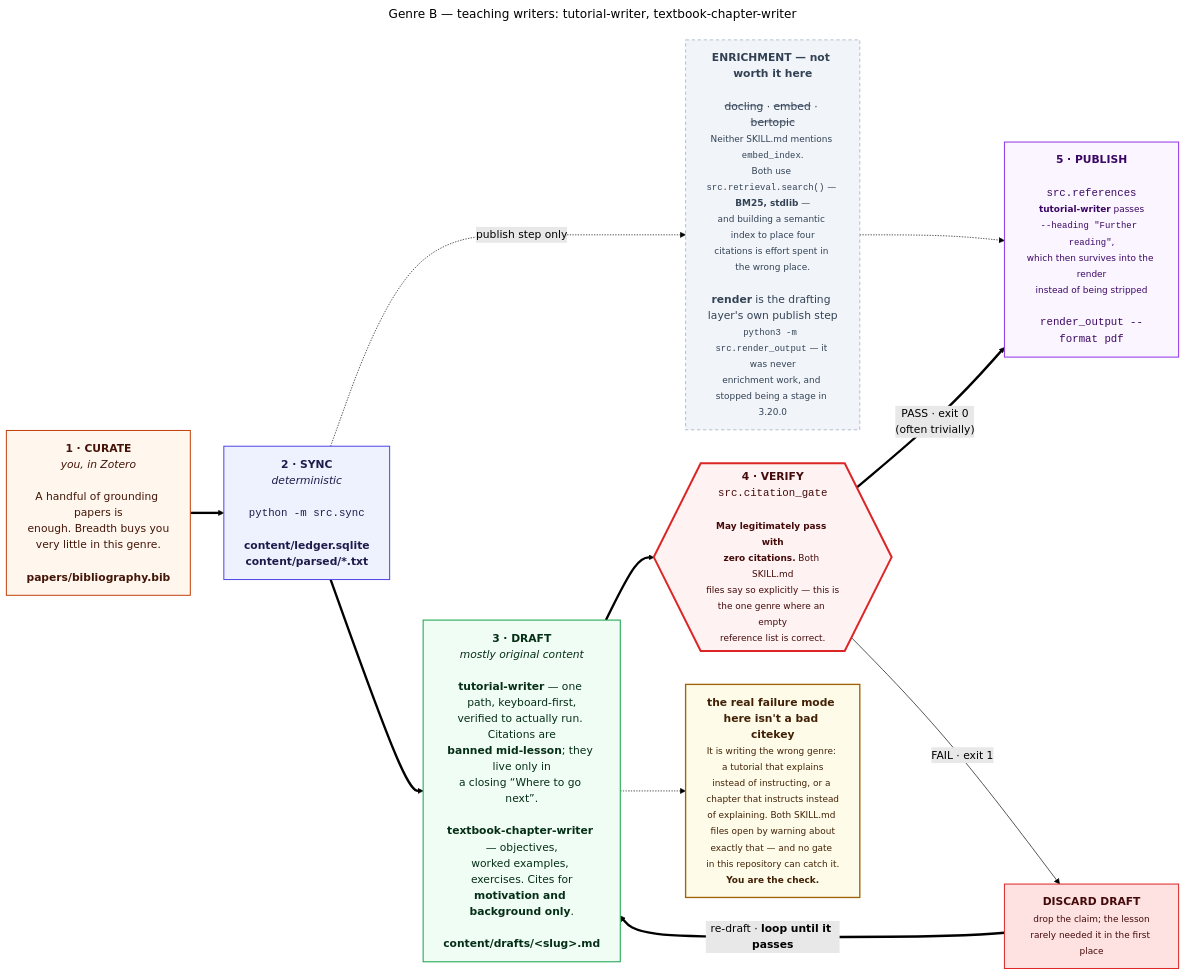
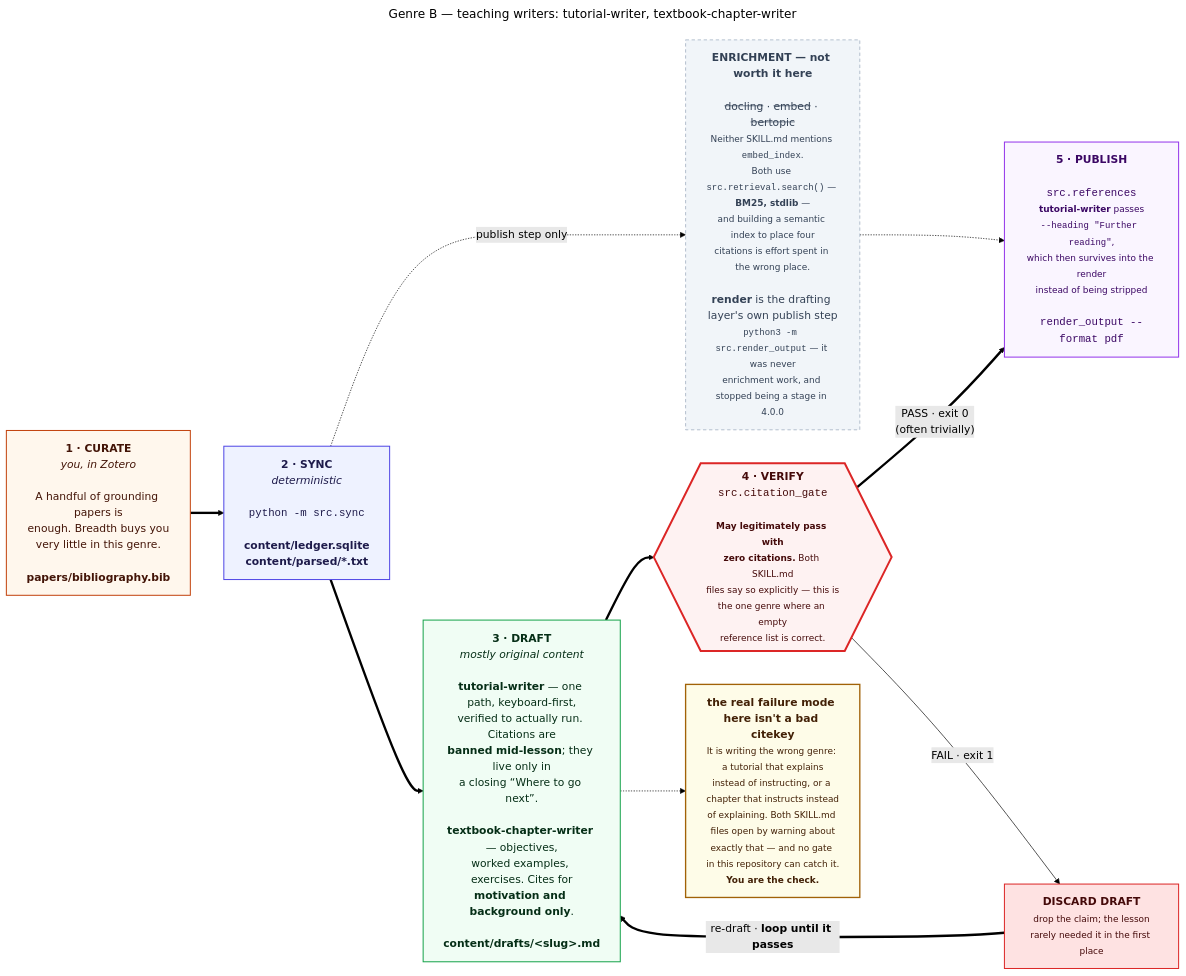
Before and after one commit to prasadtalasila/chitragupta: the diagram in docs/diagrams/g2-teaching.mmd, drawn with Mermaid (forest theme). The commit also changed 22 other files, not shown here.

```diff
--- a/docs/diagrams/g2-teaching.mmd
+++ b/docs/diagrams/g2-teaching.mmd
@@ -1,46 +1,46 @@
 ---
 title: "Genre B — teaching writers: tutorial-writer, textbook-chapter-writer"
 ---
 flowchart LR
 
   P0["<b>1 · CURATE</b><br/><i>you, in Zotero</i><br/><br/>A handful of grounding papers is<br/>enough. Breadth buys you<br/>very little in this genre.<br/><br/><b>papers/bibliography.bib</b>"]
 
   P1["<b>2 · SYNC</b><br/><i>deterministic</i><br/><br/><code>python -m src.sync</code><br/><br/><b>content/ledger.sqlite</b><br/><b>content/parsed/*.txt</b>"]
 
-  HEAVY["<b>ENRICHMENT — not worth it here</b><br/><br/><s>docling</s> · <s>embed</s> · <s>bertopic</s><br/><small>Neither SKILL.md mentions <code>embed_index</code>.<br/>Both use <code>src.retrieval.search()</code> — <b>BM25, stdlib</b> —<br/>and building a semantic index to place four<br/>citations is effort spent in the wrong place.</small><br/><br/><b>render</b> is the drafting layer's own publish step<br/><small><code>python3 -m src.render_output</code> — it was never<br/>enrichment work, and stopped being a stage in 3.20.0</small>"]
+  HEAVY["<b>ENRICHMENT — not worth it here</b><br/><br/><s>docling</s> · <s>embed</s> · <s>bertopic</s><br/><small>Neither SKILL.md mentions <code>embed_index</code>.<br/>Both use <code>src.retrieval.search()</code> — <b>BM25, stdlib</b> —<br/>and building a semantic index to place four<br/>citations is effort spent in the wrong place.</small><br/><br/><b>render</b> is the drafting layer's own publish step<br/><small><code>python3 -m src.render_output</code> — it was never<br/>enrichment work, and stopped being a stage in 4.0.0</small>"]
 
   P2["<b>3 · DRAFT</b><br/><i>mostly original content</i><br/><br/><b>tutorial-writer</b> — one path, keyboard-first,<br/>verified to actually run. Citations are<br/><b>banned mid-lesson</b>; they live only in<br/>a closing “Where to go next”.<br/><br/><b>textbook-chapter-writer</b> — objectives,<br/>worked examples, exercises. Cites for<br/><b>motivation and background only</b>.<br/><br/><b>content/drafts/&lt;slug&gt;.md</b>"]
 
   P3{{"<b>4 · VERIFY</b><br/><code>src.citation_gate</code><br/><br/><small><b>May legitimately pass with<br/>zero citations.</b> Both SKILL.md<br/>files say so explicitly — this is<br/>the one genre where an empty<br/>reference list is correct.</small>"}}
 
   FIX["<b>DISCARD DRAFT</b><br/><small>drop the claim; the lesson<br/>rarely needed it in the first place</small>"]
 
   P4["<b>5 · PUBLISH</b><br/><br/><code>src.references</code><br/><small><b>tutorial-writer</b> passes<br/><code>--heading &quot;Further reading&quot;</code>,<br/>which then survives into the render<br/>instead of being stripped</small><br/><br/><code>render_output --format pdf</code>"]
 
   RISK["<b>the real failure mode here isn't a bad citekey</b><br/><small>It is writing the wrong genre: a tutorial that explains<br/>instead of instructing, or a chapter that instructs instead<br/>of explaining. Both SKILL.md files open by warning about<br/>exactly that — and no gate in this repository can catch it.<br/><b>You are the check.</b></small>"]
 
   P0 ==> P1 ==> P2 ==> P3
   P1 -. "publish step only" .-> HEAVY
   HEAVY -.-> P4
   P3 == "PASS · exit 0<br/>(often trivially)" ==> P4
   P3 -- "FAIL · exit 1" --> FIX
   FIX == "re-draft · <b>loop until it passes</b>" ==> P2
   P2 -.-> RISK
 
   classDef you fill:#fff7ed,stroke:#c2410c,stroke-width:1.5px,color:#431407
   classDef det fill:#eef2ff,stroke:#4f46e5,stroke-width:1.5px,color:#1e1b4b
   classDef gen fill:#f0fdf4,stroke:#16a34a,stroke-width:1.5px,color:#052e16
   classDef gate fill:#fef2f2,stroke:#dc2626,stroke-width:3px,color:#450a0a
   classDef out fill:#faf5ff,stroke:#9333ea,stroke-width:1.5px,color:#3b0764
   classDef bad fill:#fee2e2,stroke:#dc2626,stroke-width:1.5px,color:#450a0a
   classDef off fill:#f1f5f9,stroke:#94a3b8,stroke-dasharray:5 4,color:#334155
   classDef risk fill:#fefce8,stroke:#a16207,stroke-width:2px,color:#422006
 
   class P0 you
   class P1 det
   class P2 gen
   class P3 gate
   class P4 out
   class FIX bad
   class HEAVY off
   class RISK risk
```
